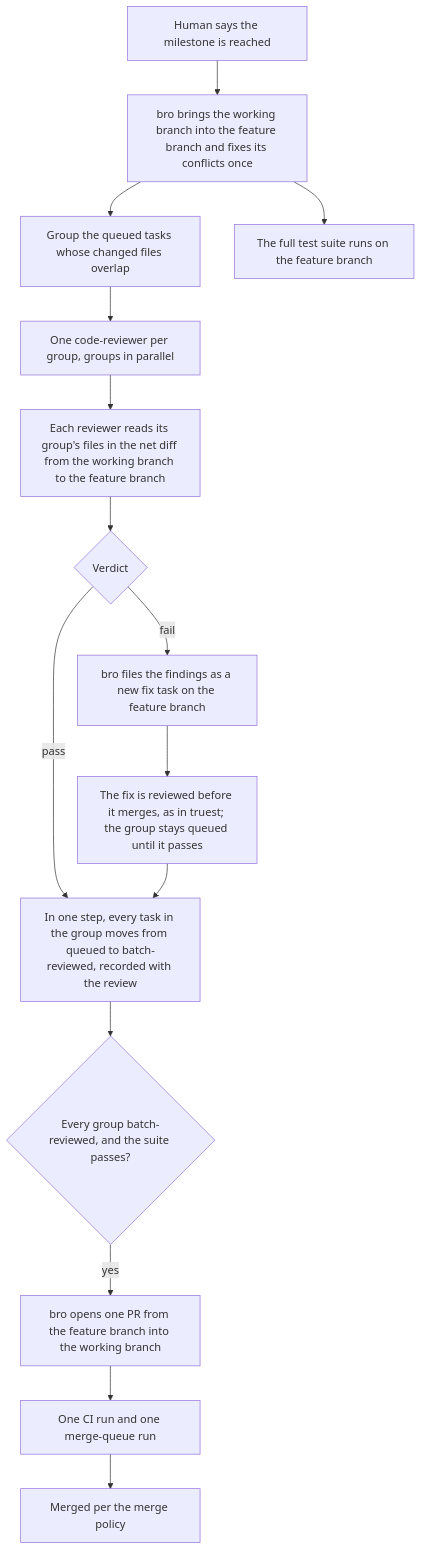
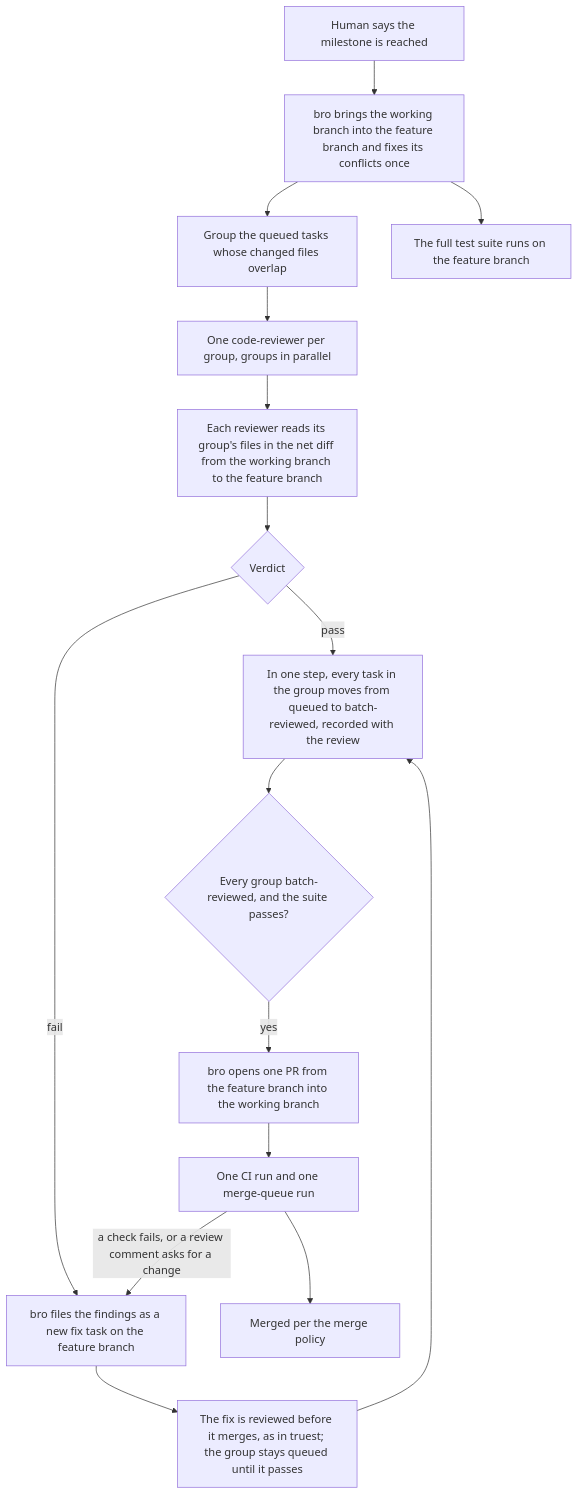
One commit to trustmybot/plugin changed the sixth of 8 diagrams in docs/architecture/AGILE.md. Above: the diagram before and after it, drawn with Mermaid. The commit also changed other lines of this file and 6 other files, not shown here.

First line of the commit message:
📝 docs(schema): planned schema v75 and the task lifecycle it enforces (GH 3224) (#3251)

````diff
--- a/docs/architecture/AGILE.md
+++ b/docs/architecture/AGILE.md
@@ -133,17 +142,18 @@
 ```mermaid
 flowchart TD
     A[Human says the milestone is reached] --> B[bro brings the working branch into the feature branch and fixes its conflicts once]
     B --> C[Group the queued tasks whose changed files overlap]
     C --> D[One code-reviewer per group, groups in parallel]
     D --> E[Each reviewer reads its group's files in the net diff from the working branch to the feature branch]
     B --> S[The full test suite runs on the feature branch]
     E --> F{Verdict}
     F -- pass --> G[In one step, every task in the group moves from queued to batch-reviewed, recorded with the review]
     F -- fail --> H[bro files the findings as a new fix task on the feature branch]
     H --> I[The fix is reviewed before it merges, as in truest; the group stays queued until it passes]
     I --> G
     G --> M{Every group batch-reviewed, and the suite passes?}
     M -- yes --> P[bro opens one PR from the feature branch into the working branch]
     P --> CI[One CI run and one merge-queue run]
     CI --> MG[Merged per the merge policy]
+    CI -- a check fails, or a review comment asks for a change --> H
 ```
````
